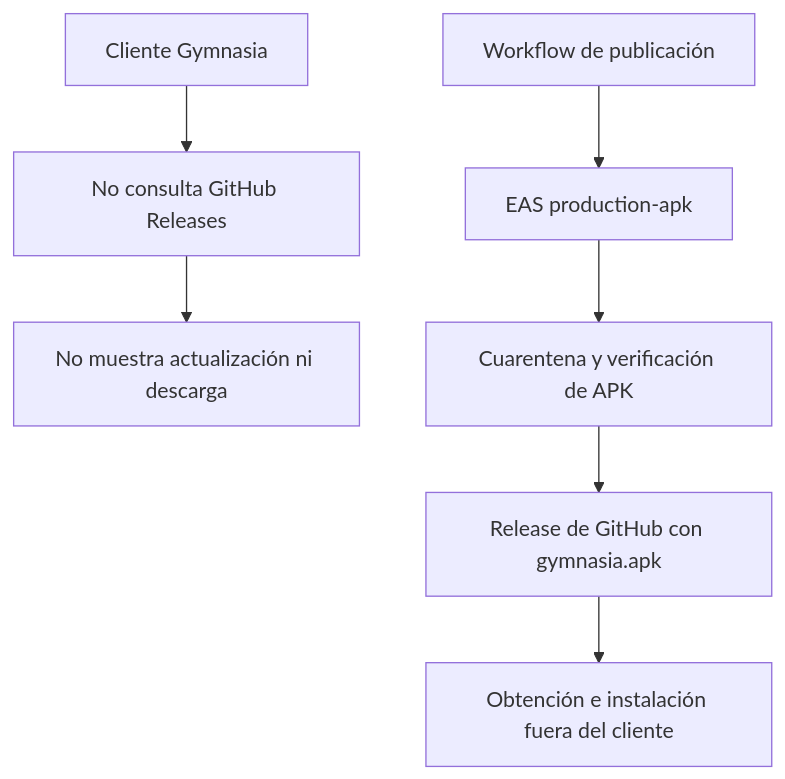
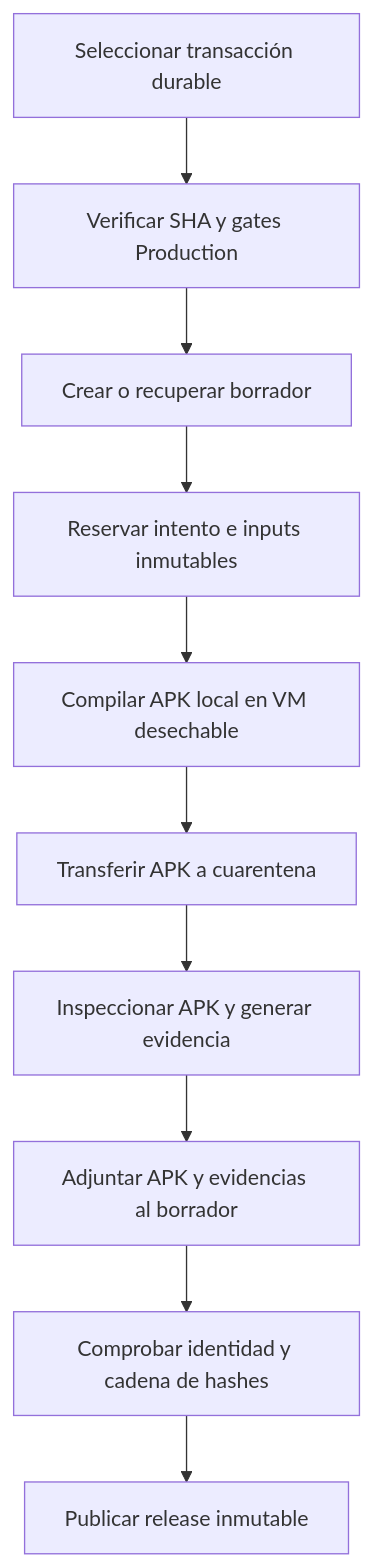
The second of 2 diagrams in openwiki/integrations/vivagym-and-updates.md (maximofn/gymnasia), drawn with Mermaid before and after one commit. The commit also changed other lines of this file and 41 other files, not shown here.

````diff
--- a/openwiki/integrations/vivagym-and-updates.md
+++ b/openwiki/integrations/vivagym-and-updates.md
@@ -87,9 +93,12 @@
 ```mermaid
 flowchart TD
-    Client["Cliente Gymnasia"] --> NoCheck["No consulta GitHub Releases"]
-    NoCheck --> NoOffer["No muestra actualización ni descarga"]
-    Pipeline["Workflow de publicación"] --> EAS["EAS production-apk"]
-    EAS --> Verify["Cuarentena y verificación de APK"]
-    Verify --> Release["Release de GitHub con gymnasia.apk"]
-    Release --> Manual["Obtención e instalación fuera del cliente"]
+    Select["Seleccionar transacción durable"] --> Source["Verificar SHA y gates Production"]
+    Source --> Draft["Crear o recuperar borrador"]
+    Draft --> Reserve["Reservar intento e inputs inmutables"]
+    Reserve --> Build["Compilar APK local en VM desechable"]
+    Build --> Quarantine["Transferir APK a cuarentena"]
+    Quarantine --> Verify["Inspeccionar APK y generar evidencia"]
+    Verify --> Attach["Adjuntar APK y evidencias al borrador"]
+    Attach --> Check["Comprobar identidad y cadena de hashes"]
+    Check --> Publish["Publicar release inmutable"]
 ```
````
